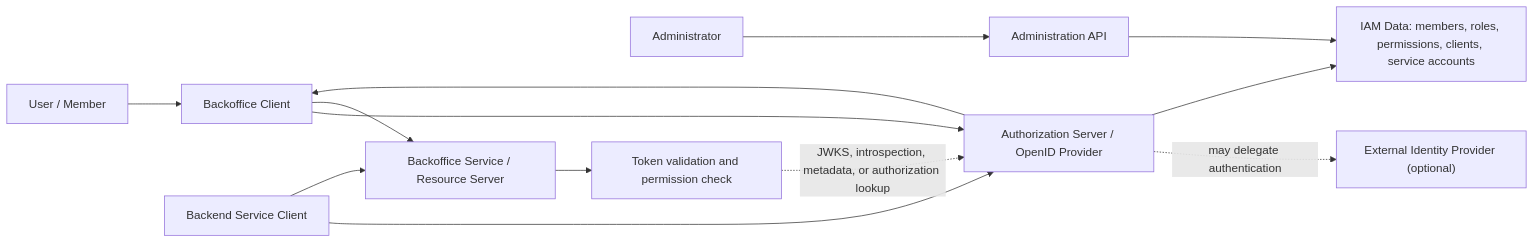
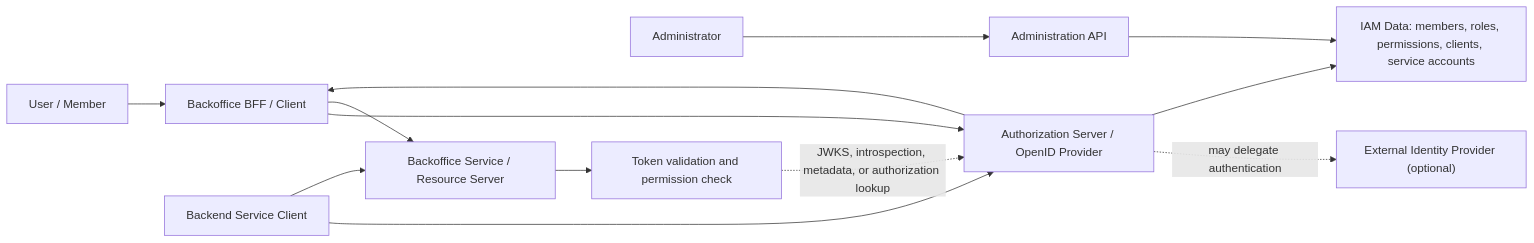
One commit to panaC/edrlab-backoffice-auth-study changed the first of 2 diagrams in docs/wiki/README.md. Above: the diagram before and after it, drawn with Mermaid. The commit also changed other lines of this file and 6 other files, not shown here.

Commit message:
Define central IAM control plane architecture

````diff
--- a/docs/wiki/README.md
+++ b/docs/wiki/README.md
@@ -54,28 +55,28 @@
 ```mermaid
 flowchart LR
     User["User / Member"]
     Admin["Administrator"]
-    Client["Backoffice Client"]
+    Client["Backoffice BFF / Client"]
     AS["Authorization Server / OpenID Provider"]
     ExternalIdP["External Identity Provider (optional)"]
     API["Backoffice Service / Resource Server"]
     AdminAPI["Administration API"]
     Data["IAM Data: members, roles, permissions, clients, service accounts"]
     Service["Backend Service Client"]
     Decision["Token validation and permission check"]
 
     User --> Client
     Client --> AS
     AS -. "may delegate authentication" .-> ExternalIdP
     AS --> Client
     Client --> API
     API --> Decision
     Decision -. "JWKS, introspection, metadata, or authorization lookup" .-> AS
 
     Admin --> AdminAPI
     AdminAPI --> Data
     AS --> Data
 
     Service --> AS
     Service --> API
 ```
````
